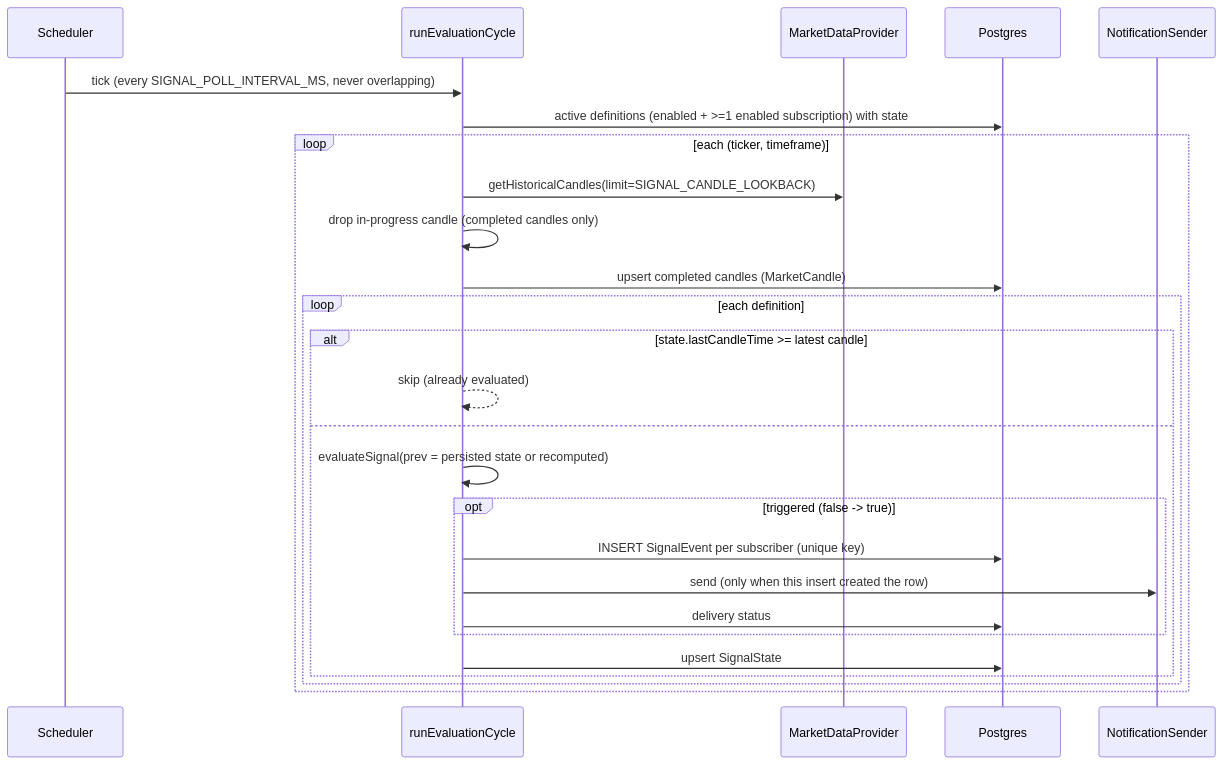
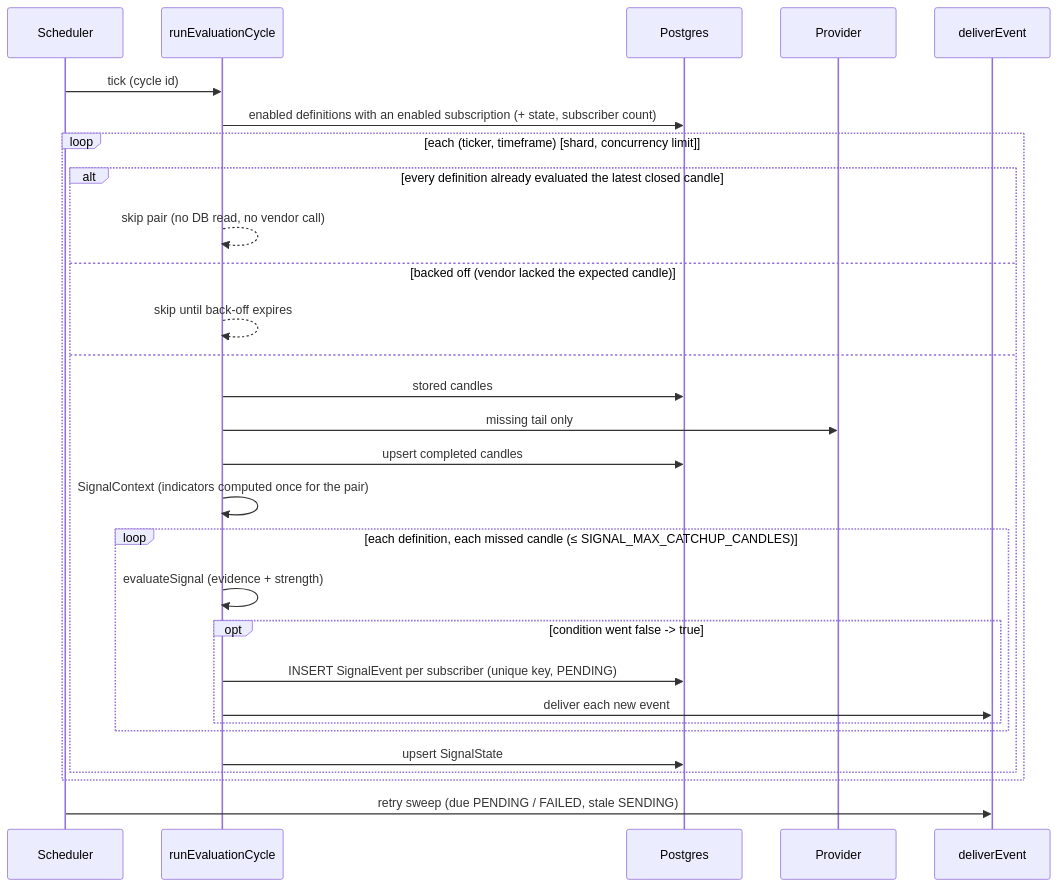
The third of 3 diagrams in docs/ARCHITECTURE.md (Na1awut/trading), drawn with Mermaid before and after one commit. The commit also changed other lines of this file and 7 other files, not shown here.

````diff
--- a/docs/ARCHITECTURE.md
+++ b/docs/ARCHITECTURE.md
@@ -105,28 +146,31 @@
 ```mermaid
 sequenceDiagram
   participant S as Scheduler
   participant C as runEvaluationCycle
-  participant P as MarketDataProvider
   participant DB as Postgres
-  participant N as NotificationSender
-  S->>C: tick (every SIGNAL_POLL_INTERVAL_MS, never overlapping)
-  C->>DB: active definitions (enabled + >=1 enabled subscription) with state
-  loop each (ticker, timeframe)
-    C->>P: getHistoricalCandles(limit=SIGNAL_CANDLE_LOOKBACK)
-    C->>C: drop in-progress candle (completed candles only)
-    C->>DB: upsert completed candles (MarketCandle)
-    loop each definition
-      alt state.lastCandleTime >= latest candle
-        C-->>C: skip (already evaluated)
-      else
-        C->>C: evaluateSignal(prev = persisted state or recomputed)
-        opt triggered (false -> true)
-          C->>DB: INSERT SignalEvent per subscriber (unique key)
-          C->>N: send (only when this insert created the row)
-          C->>DB: delivery status
+  participant P as Provider
+  participant D as deliverEvent
+  S->>C: tick (cycle id)
+  C->>DB: enabled definitions with an enabled subscription (+ state, subscriber count)
+  loop each (ticker, timeframe) [shard, concurrency limit]
+    alt every definition already evaluated the latest closed candle
+      C-->>C: skip pair (no DB read, no vendor call)
+    else backed off (vendor lacked the expected candle)
+      C-->>C: skip until back-off expires
+    else
+      C->>DB: stored candles
+      C->>P: missing tail only
+      C->>DB: upsert completed candles
+      C->>C: SignalContext (indicators computed once for the pair)
+      loop each definition, each missed candle (≤ SIGNAL_MAX_CATCHUP_CANDLES)
+        C->>C: evaluateSignal (evidence + strength)
+        opt condition went false -> true
+          C->>DB: INSERT SignalEvent per subscriber (unique key, PENDING)
+          C->>D: deliver each new event
         end
-        C->>DB: upsert SignalState
       end
+      C->>DB: upsert SignalState
     end
   end
+  S->>D: retry sweep (due PENDING / FAILED, stale SENDING)
 ```
````
